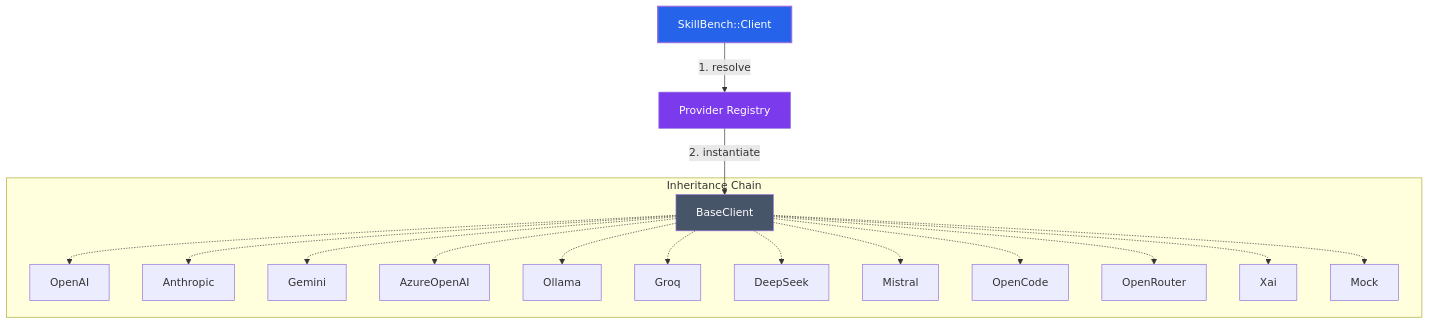
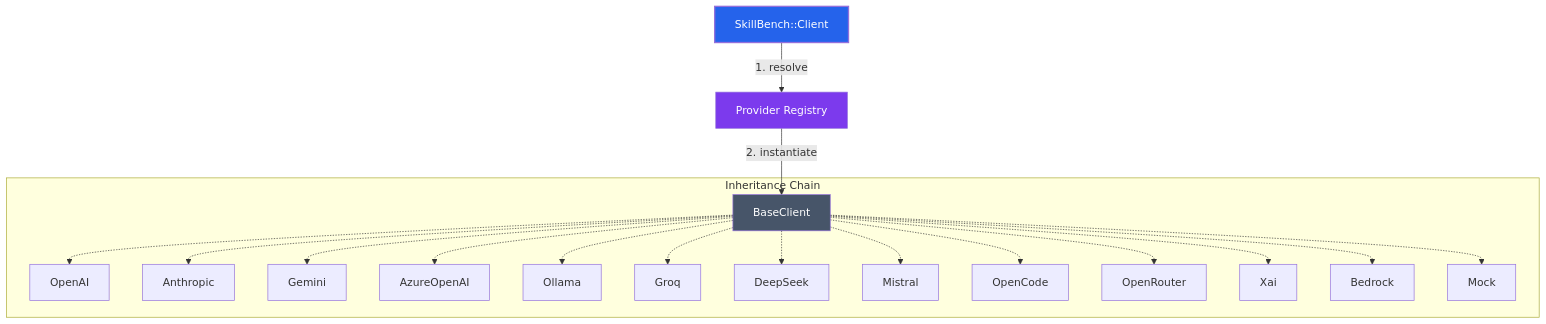
Before and after one commit to igmarin/ruby-skill-bench: the diagram in lib/skill_bench/clients/README.md, drawn with Mermaid. The commit also changed other lines of this file and 12 other files, not shown here.

````diff
--- a/lib/skill_bench/clients/README.md
+++ b/lib/skill_bench/clients/README.md
@@ -13,45 +13,47 @@
 ```mermaid
 graph TD
     %% Nodes
     Dispatcher[SkillBench::Client]
     Registry[Provider Registry]
     Base[BaseClient]
     
     %% Providers
     OpenAI[OpenAI]
     Anthropic[Anthropic]
     Gemini[Gemini]
     Azure[AzureOpenAI]
     Ollama[Ollama]
     Groq[Groq]
     DeepSeek[DeepSeek]
     Mistral[Mistral]
     OpenCode[OpenCode]
     OpenRouter[OpenRouter]
     Xai[Xai]
+    Bedrock[Bedrock]
     Mock[Mock]
 
     %% Connections
     Dispatcher -->|1. resolve| Registry
     Registry -->|2. instantiate| Base
     
     subgraph "Inheritance Chain"
         Base -.-> OpenAI
         Base -.-> Anthropic
         Base -.-> Gemini
         Base -.-> Azure
         Base -.-> Ollama
         Base -.-> Groq
         Base -.-> DeepSeek
         Base -.-> Mistral
         Base -.-> OpenCode
         Base -.-> OpenRouter
         Base -.-> Xai
+        Base -.-> Bedrock
         Base -.-> Mock
     end
 
     %% Styling
     style Dispatcher fill:#2563eb,color:#fff,stroke-width:2px
     style Registry fill:#7c3aed,color:#fff
     style Base fill:#475569,color:#fff
 ```
````
